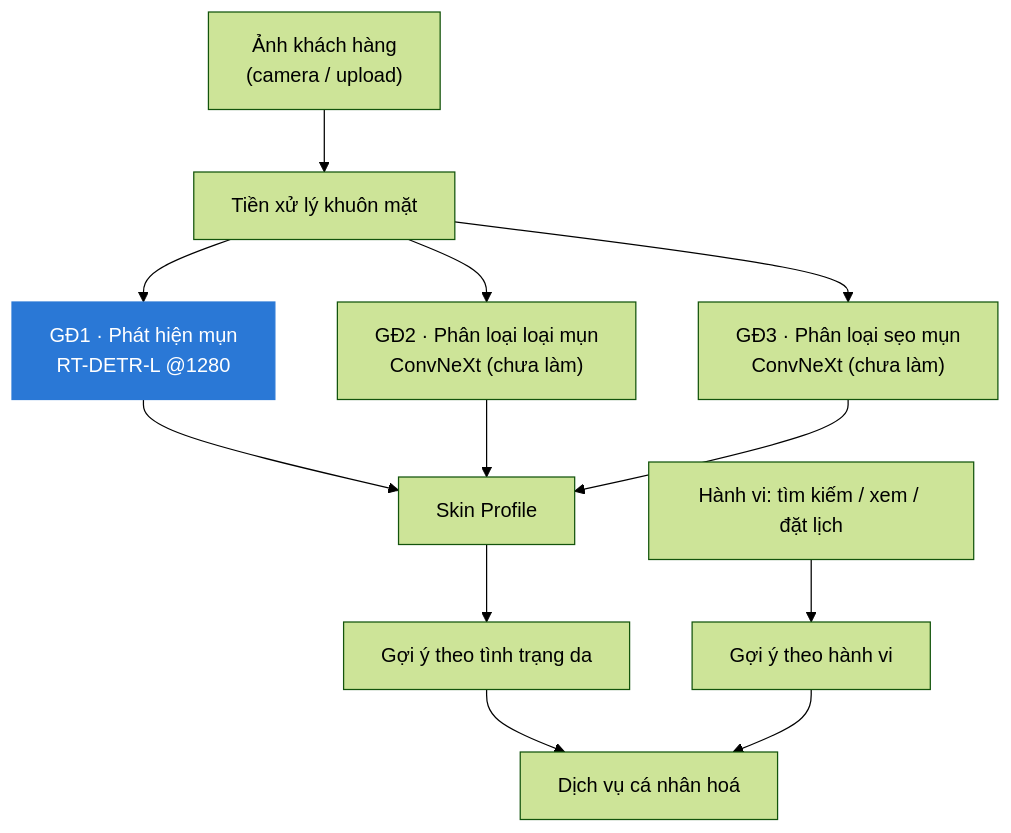
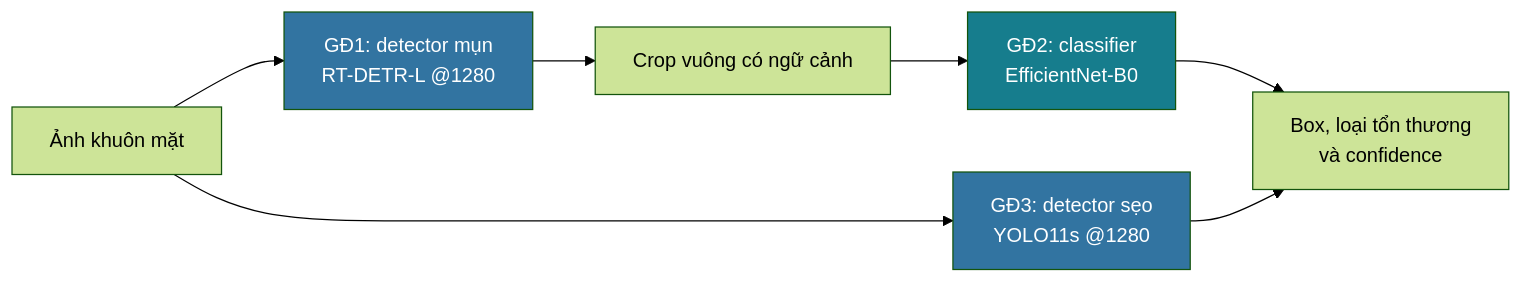
Before and after one commit to dangkhoa18052004/BinSpa_AI: the diagram in README.md, drawn with Mermaid (forest theme). The commit also changed other lines of this file and 10205 other files, not shown here.

````diff
--- a/README.md
+++ b/README.md
@@ -49,15 +44,12 @@
 ```mermaid
-flowchart TD
-    A["Ảnh khách hàng<br/>(camera / upload)"] --> B["Tiền xử lý khuôn mặt"]
-    B --> P1["GĐ1 · Phát hiện mụn<br/>RT-DETR-L @1280 "]
-    B --> P2["GĐ2 · Phân loại loại mụn<br/>ConvNeXt (chưa làm)"]
-    B --> P3["GĐ3 · Phân loại sẹo mụn<br/>ConvNeXt (chưa làm)"]
-    P1 --> S["Skin Profile"]
-    P2 --> S
-    P3 --> S
-    S --> R1["Gợi ý theo tình trạng da"]
-    H["Hành vi: tìm kiếm / xem / đặt lịch"] --> R2["Gợi ý theo hành vi"]
-    R1 --> SV["Dịch vụ cá nhân hoá"]
-    R2 --> SV
-    style P1 fill:#2a78d6,color:#fff,stroke:#2a78d6
+flowchart LR
+    A["Ảnh khuôn mặt"] --> B["GĐ1: detector mụn<br/>RT-DETR-L @1280"]
+    B --> C["Crop vuông có ngữ cảnh"]
+    C --> D["GĐ2: classifier<br/>EfficientNet-B0"]
+    A --> E["GĐ3: detector sẹo<br/>YOLO11s @1280"]
+    D --> F["Box, loại tổn thương<br/>và confidence"]
+    E --> F
+    style B fill:#3274a1,color:#fff
+    style D fill:#167d8d,color:#fff
+    style E fill:#3274a1,color:#fff
 ```
````
